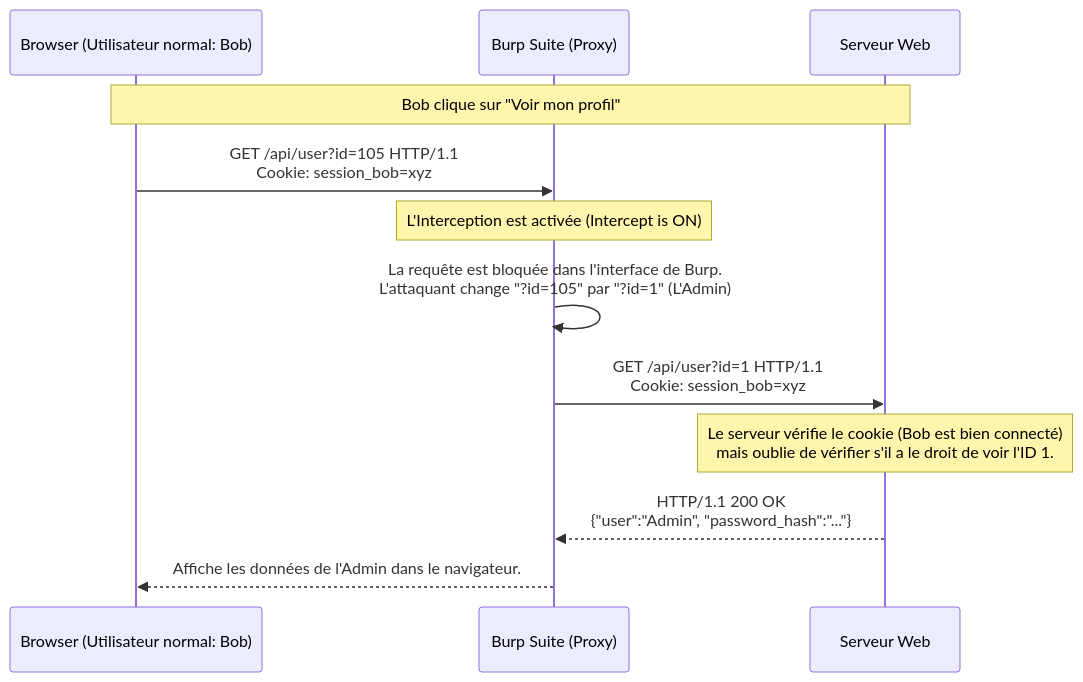
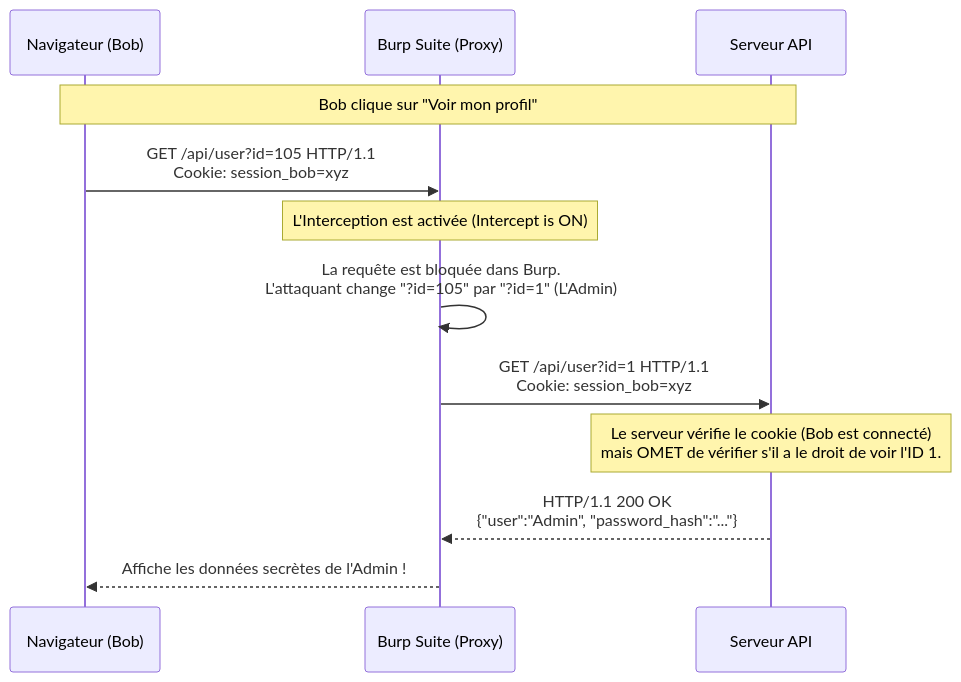
Before and after one commit to zyrass/omnydocs: the second of 2 diagrams in docs/cyber/tools/web/burp.md, drawn with Mermaid. The commit also changed other lines of this file and 1780 other files, not shown here.

````diff
--- a/docs/cyber/tools/web/burp.md
+++ b/docs/cyber/tools/web/burp.md
@@ -63,19 +63,19 @@
 ```mermaid
 sequenceDiagram
-    participant B as Browser (Utilisateur normal: Bob)
+    participant B as Navigateur (Bob)
     participant P as Burp Suite (Proxy)
-    participant S as Serveur Web
+    participant S as Serveur API
     
     Note over B,S: Bob clique sur "Voir mon profil"
     B->>P: GET /api/user?id=105 HTTP/1.1<br>Cookie: session_bob=xyz
     
     Note over P: L'Interception est activée (Intercept is ON)
-    P->>P: La requête est bloquée dans l'interface de Burp.<br>L'attaquant change "?id=105" par "?id=1" (L'Admin)
+    P->>P: La requête est bloquée dans Burp.<br>L'attaquant change "?id=105" par "?id=1" (L'Admin)
     
     P->>S: GET /api/user?id=1 HTTP/1.1<br>Cookie: session_bob=xyz
     
-    Note over S: Le serveur vérifie le cookie (Bob est bien connecté)<br>mais oublie de vérifier s'il a le droit de voir l'ID 1.
+    Note over S: Le serveur vérifie le cookie (Bob est connecté)<br>mais OMET de vérifier s'il a le droit de voir l'ID 1.
     
     S-->>P: HTTP/1.1 200 OK<br>{"user":"Admin", "password_hash":"..."}
-    P-->>B: Affiche les données de l'Admin dans le navigateur.
+    P-->>B: Affiche les données secrètes de l'Admin !
 ```
````
